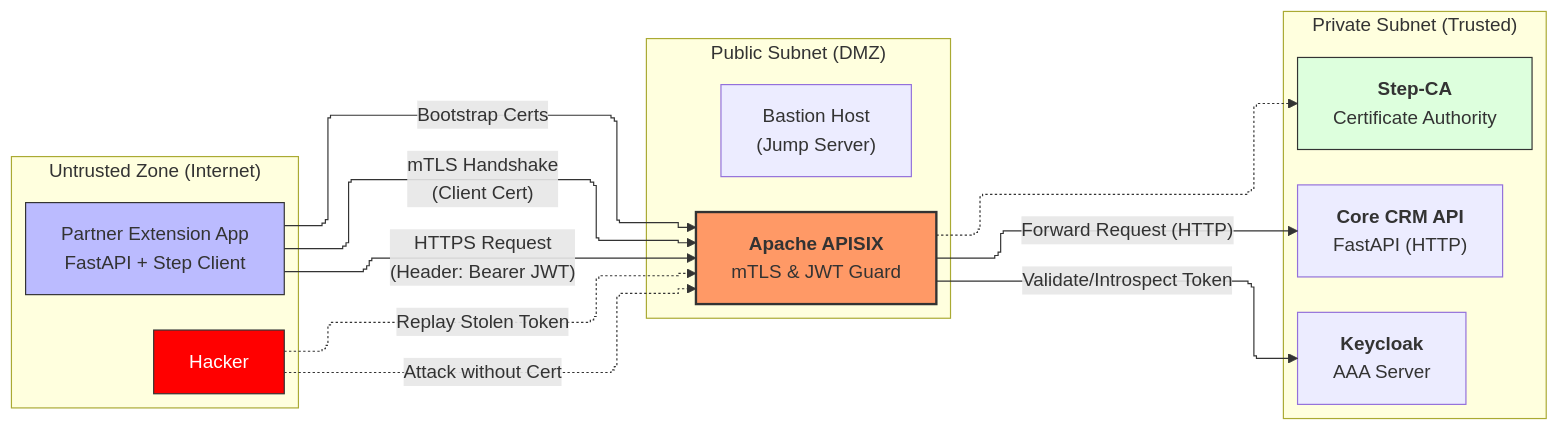
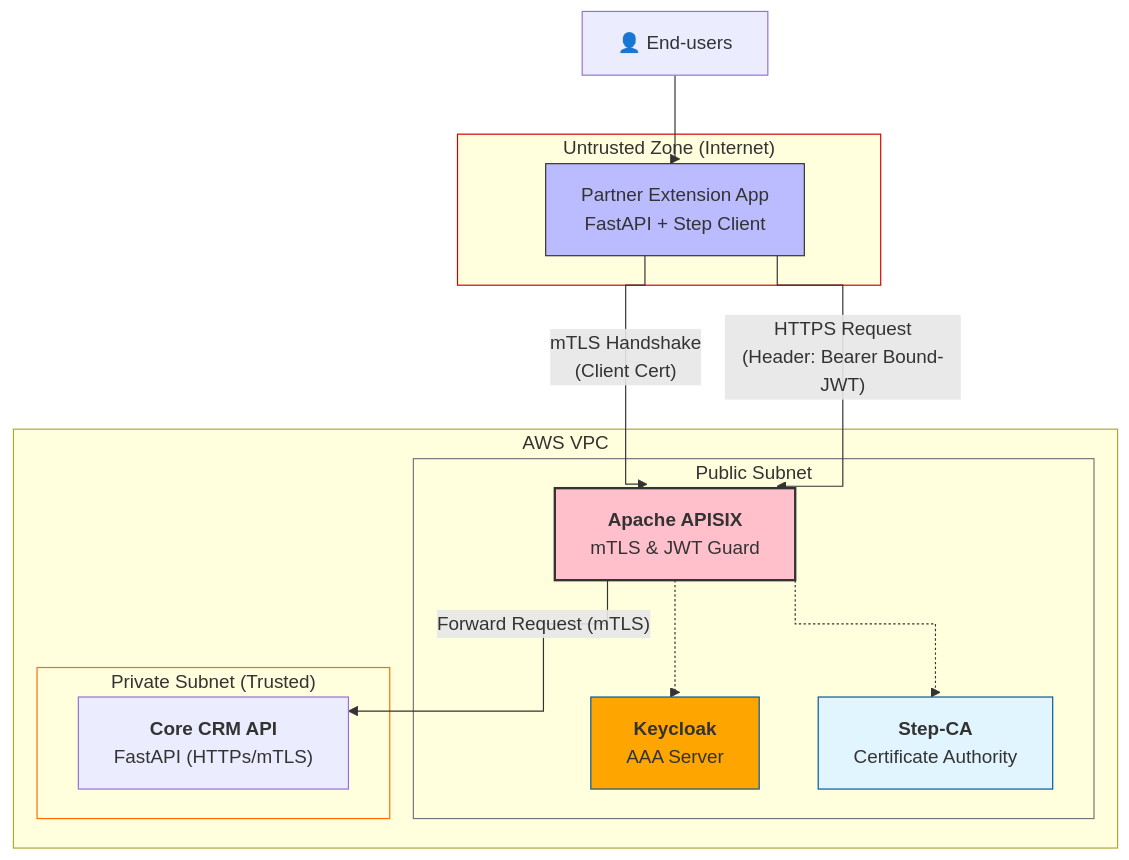
The first of 2 diagrams in docs/propose5.md (pxuanbach/Zero-Trust-API-Authentication), drawn with Mermaid before and after one commit. The commit also changed other lines of this file, not shown here.

````diff
--- a/docs/propose5.md
+++ b/docs/propose5.md
@@ -44,37 +46,39 @@
 ```mermaid
 ---
 config:
   flowchart:
     curve: stepBefore
   themeVariables:
     fontSize: 16px
-  layout: elk
+  layout: dagre
 ---
-flowchart LR
+flowchart TB
  subgraph Internet["Untrusted Zone (Internet)"]
-        Hacker["Hacker"]
         PartnerApp["Partner Extension App<br>FastAPI + Step Client"]
   end
- subgraph DMZ["Public Subnet (DMZ)"]
+ subgraph PublicSubnet["Public Subnet"]
         APISIX["<b>Apache APISIX</b><br>mTLS &amp; JWT Guard"]
-        Bastion["Bastion Host<br>(Jump Server)"]
-  end
- subgraph Internal["Private Subnet (Trusted)"]
-        CoreCRM["<b>Core CRM API</b><br>FastAPI (HTTP)"]
         Keycloak["<b>Keycloak</b><br>AAA Server"]
         StepCA["<b>Step-CA</b><br>Certificate Authority"]
   end
-    PartnerApp -- Bootstrap Certs --> APISIX
-    APISIX -.-> StepCA
+ subgraph PrivateSubnet["Private Subnet (Trusted)"]
+        CoreCRM["<b>Core CRM API</b><br>FastAPI (HTTPs/mTLS)"]
+  end
+ subgraph VPC["AWS VPC"]
+        PrivateSubnet
+        PublicSubnet
+  end
+    EndUser["👤 End-users"] --> PartnerApp
+    APISIX -- Forward Request (mTLS) --> CoreCRM
+    APISIX -.-> StepCA & Keycloak
     PartnerApp -- mTLS Handshake<br>(Client Cert) --> APISIX
-    PartnerApp -- HTTPS Request<br>(Header: Bearer JWT) --> APISIX
-    APISIX -- Validate/Introspect Token --> Keycloak
-    APISIX -- Forward Request (HTTP) --> CoreCRM
-    Hacker -. Attack without Cert .-> APISIX
-    Hacker -. Replay Stolen Token .-> APISIX
+    PartnerApp -- "HTTPS Request<br>(Header: Bearer Bound-JWT)" --> APISIX
 
-    style Hacker fill:#f00,stroke:#333,color:#fff
     style PartnerApp fill:#bbf,stroke:#333
-    style APISIX fill:#f96,stroke:#333,stroke-width:2px
-    style StepCA fill:#dfd,stroke:#333
+    style APISIX fill:pink,stroke:#333,stroke-width:2px
+    style Keycloak fill:orange,stroke:#01579b
+    style StepCA fill:#e1f5fe,stroke:#01579b
+    style PrivateSubnet stroke:#FF6D00
+    style PublicSubnet stroke:#757575
+    style Internet stroke:#D50000
 ```
````
